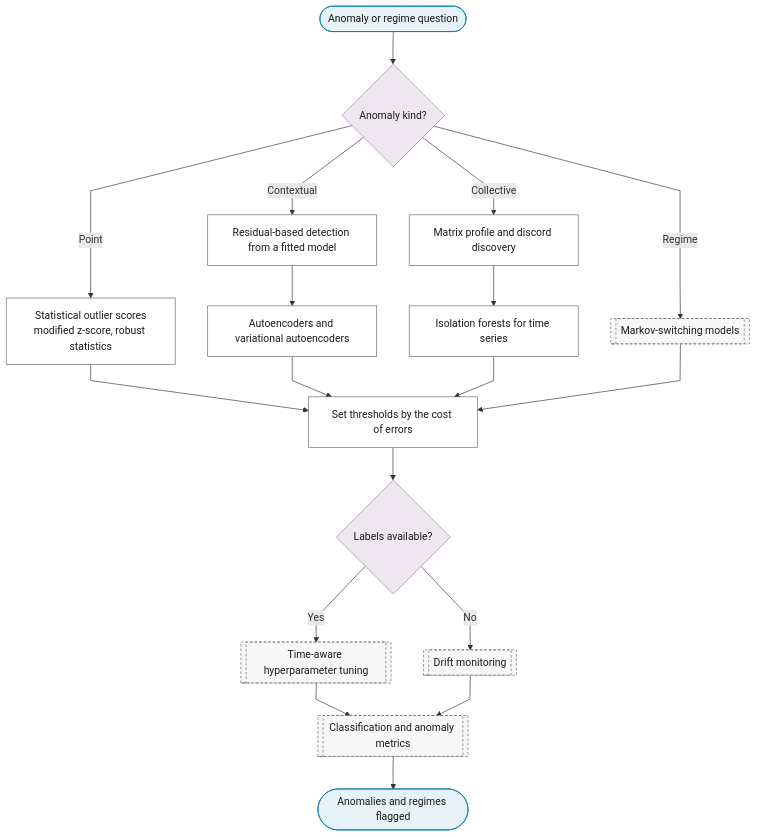
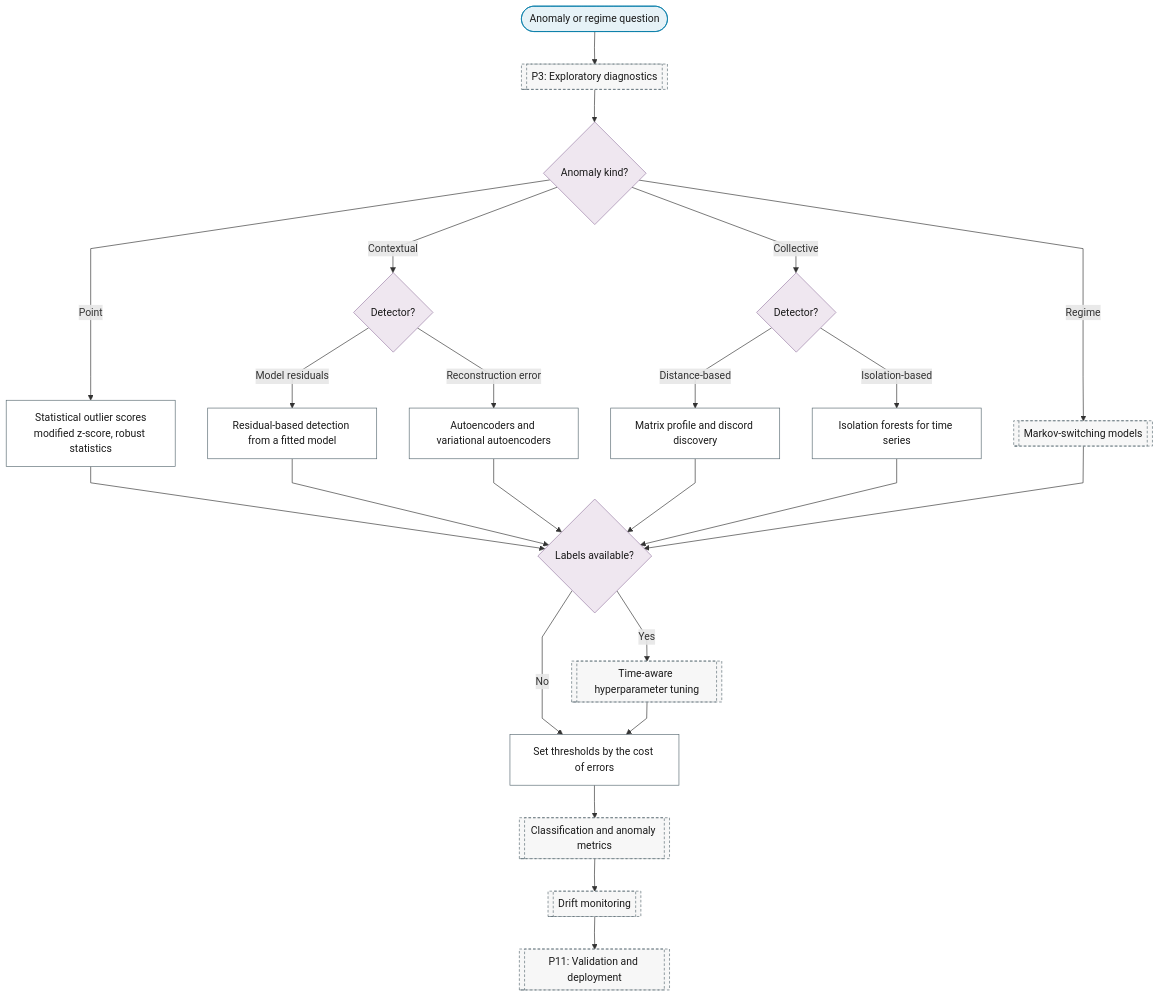
One commit to Shuxin-Y/time-series-analysis-manual changed the diagram in docs/01-workflow/p02-purpose/05-anomaly-regime-detection.md. Above: the diagram before and after it, drawn with Mermaid. The commit also changed 9 other files, not shown here.

First line of the commit message:
fix(flowchart): purpose charts route through the spine and end at P11

````diff
--- a/docs/01-workflow/p02-purpose/05-anomaly-regime-detection.md
+++ b/docs/01-workflow/p02-purpose/05-anomaly-regime-detection.md
@@ -7,29 +7,34 @@
 ```mermaid
 %%{init: {"flowchart": {"curve": "linear"}}}%%
 graph TD
-    P2_AN_IN(["Anomaly or regime question"]) --> P2_AN_KIND{"Anomaly kind?"}
+    P2_AN_IN(["Anomaly or regime question"]) --> P3[["P3: Exploratory diagnostics"]]
+    P3 --> P2_AN_KIND{"Anomaly kind?"}
     P2_AN_KIND -->|"Point"| P2_AN_STATISTICAL["Statistical outlier scores<br/>modified z-score, robust statistics"]
-    P2_AN_KIND -->|"Contextual"| P2_AN_RESIDUAL["Residual-based detection from a fitted model"]
-    P2_AN_KIND -->|"Collective"| P2_AN_MATRIX_PROFILE["Matrix profile and discord discovery"]
+    P2_AN_KIND -->|"Contextual"| P2_AN_CONTEXT{"Detector?"}
+    P2_AN_KIND -->|"Collective"| P2_AN_COLLECTIVE{"Detector?"}
     P2_AN_KIND -->|"Regime"| P6_MARKOV_SWITCHING[["Markov-switching models"]]
-    P2_AN_RESIDUAL --> P2_AN_AUTOENCODER["Autoencoders and variational autoencoders"]
-    P2_AN_MATRIX_PROFILE --> P2_AN_ISOLATION_FOREST["Isolation forests for time series"]
-    P2_AN_STATISTICAL & P2_AN_AUTOENCODER & P2_AN_ISOLATION_FOREST & P6_MARKOV_SWITCHING --> P2_AN_THRESHOLD["Set thresholds by the cost of errors"]
-    P2_AN_THRESHOLD --> P2_AN_LABELS{"Labels available?"}
+    P2_AN_CONTEXT -->|"Model residuals"| P2_AN_RESIDUAL["Residual-based detection from a fitted model"]
+    P2_AN_CONTEXT -->|"Reconstruction error"| P2_AN_AUTOENCODER["Autoencoders and variational autoencoders"]
+    P2_AN_COLLECTIVE -->|"Distance-based"| P2_AN_MATRIX_PROFILE["Matrix profile and discord discovery"]
+    P2_AN_COLLECTIVE -->|"Isolation-based"| P2_AN_ISOLATION_FOREST["Isolation forests for time series"]
+    P2_AN_STATISTICAL & P2_AN_RESIDUAL & P2_AN_AUTOENCODER --> P2_AN_LABELS
+    P2_AN_MATRIX_PROFILE & P2_AN_ISOLATION_FOREST & P6_MARKOV_SWITCHING --> P2_AN_LABELS{"Labels available?"}
     P2_AN_LABELS -->|"Yes"| P8_HYPERPARAMETERS[["Time-aware hyperparameter tuning"]]
-    P2_AN_LABELS -->|"No"| P11_DRIFT_MONITORING[["Drift monitoring"]]
-    P8_HYPERPARAMETERS & P11_DRIFT_MONITORING --> P11_CLASSIFICATION_METRICS[["Classification and anomaly metrics"]]
-    P11_CLASSIFICATION_METRICS --> P2_AN_OUT(["Anomalies and regimes flagged"])
-    class P2_AN_IN,P2_AN_OUT terminator
-    class P2_AN_KIND,P2_AN_LABELS decision
-    class P2_AN_STATISTICAL,P2_AN_RESIDUAL,P2_AN_MATRIX_PROFILE,P2_AN_AUTOENCODER,P2_AN_ISOLATION_FOREST,P2_AN_THRESHOLD process
-    class P6_MARKOV_SWITCHING,P8_HYPERPARAMETERS,P11_DRIFT_MONITORING,P11_CLASSIFICATION_METRICS ref
+    P2_AN_LABELS -->|"No"| P2_AN_THRESHOLD
+    P8_HYPERPARAMETERS --> P2_AN_THRESHOLD["Set thresholds by the cost of errors"]
+    P2_AN_THRESHOLD --> P11_CLASSIFICATION_METRICS[["Classification and anomaly metrics"]]
+    P11_CLASSIFICATION_METRICS --> P11_DRIFT_MONITORING[["Drift monitoring"]]
+    P11_DRIFT_MONITORING --> P11[["P11: Validation and deployment"]]
+    class P2_AN_IN terminator
+    class P2_AN_KIND,P2_AN_CONTEXT,P2_AN_COLLECTIVE,P2_AN_LABELS decision
+    class P2_AN_STATISTICAL,P2_AN_RESIDUAL,P2_AN_AUTOENCODER,P2_AN_MATRIX_PROFILE,P2_AN_ISOLATION_FOREST,P2_AN_THRESHOLD process
+    class P3,P6_MARKOV_SWITCHING,P8_HYPERPARAMETERS,P11_CLASSIFICATION_METRICS,P11_DRIFT_MONITORING,P11 ref
     classDef terminator fill:#E6F2F7,stroke:#007BA7,color:#1A1A1A;
     classDef process fill:#FFFFFF,stroke:#5A6B73,color:#1A1A1A;
     classDef decision fill:#EFE7F0,stroke:#9B7FA7,color:#1A1A1A;
     classDef data fill:#FFF4E0,stroke:#C9A55E,color:#1A1A1A;
     classDef good fill:#DCEFD8,stroke:#4A7A3F,color:#1A1A1A;
     classDef escalate fill:#FFE9C2,stroke:#C9A55E,color:#1A1A1A;
     classDef problem fill:#F2D9DE,stroke:#800020,color:#1A1A1A;
     classDef ref fill:#F7F7F7,stroke:#5A6B73,color:#1A1A1A,stroke-dasharray:4 3;
 ```
````
